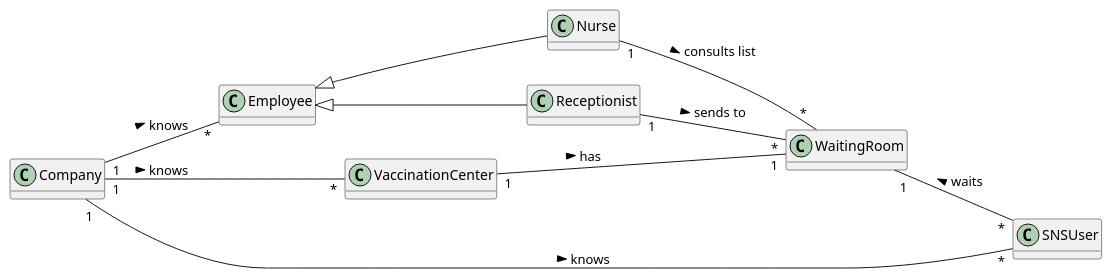
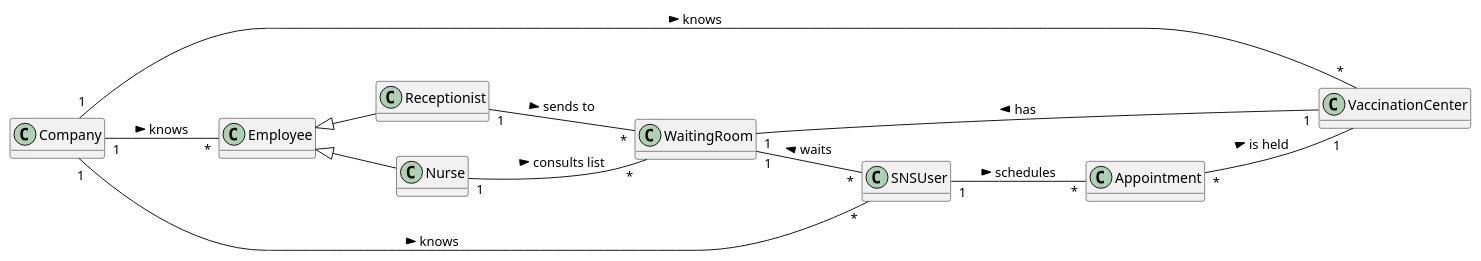
The diagram in docs/SprintC/US05/DM/US05_DM.puml (miseEnPlace-i/lapr2), drawn with PlantUML before and after one commit. The commit also changed 5 other files, not shown here.

```diff
--- a/docs/SprintC/US05/DM/US05_DM.puml
+++ b/docs/SprintC/US05/DM/US05_DM.puml
@@ -1,33 +1,38 @@
 @startuml
 hide methods
 left to right direction
 skinparam classAttributeIconSize 0
 
 class Employee {}
 
 class Nurse {}
 
 class Receptionist {}
 
 class VaccinationCenter {}
 
 class WaitingRoom {}
 
 class SNSUser {}
 
 class Company {}
 
+class Appointment {}
+
 Employee <|-- Nurse
 Employee <|-- Receptionist
 
 VaccinationCenter "1" -- "1" WaitingRoom : has >
 WaitingRoom "1" -- "*" SNSUser : waits <
 
 Nurse "1" -- "*" WaitingRoom : consults list >
 Receptionist "1" -- "*" WaitingRoom : sends to >
 
 Company "1" -- "*" VaccinationCenter : knows > 
 Company "1" -- "*" SNSUser : knows > 
 Company "1" -- "*" Employee : knows > 
 
+SNSUser "1" -- "*" Appointment : schedules >
+Appointment "*" -- "1" VaccinationCenter : is held >
+
 @enduml
```
